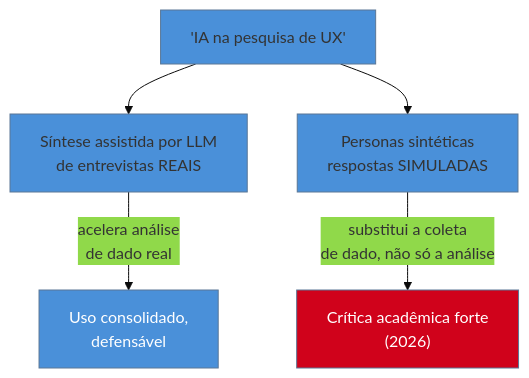
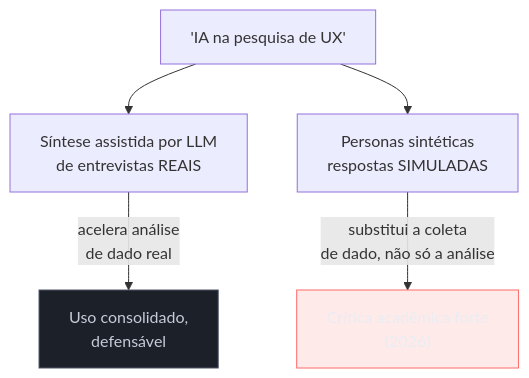
Before and after one commit to josenaldo/codex-technomanticus: the diagram in 03-Dominios/Engenharia/UX/Descoberta e Pesquisa/14 - Personas sintéticas e síntese por IA.md, drawn with Mermaid. The commit also changed 1181 other files, not shown here.

First line of the commit message:
fix(diagramas): paleta do sistema no lugar de cor cravada no markdown

````diff
--- a/03-Dominios/Engenharia/UX/Descoberta e Pesquisa/14 - Personas sintéticas e síntese por IA.md
+++ b/03-Dominios/Engenharia/UX/Descoberta e Pesquisa/14 - Personas sintéticas e síntese por IA.md
@@ -25,11 +25,12 @@
 ```mermaid
-%%{init: {"theme": "base", "themeVariables": {"primaryColor": "#4A90D9"}}}%%
 graph TD
+    classDef neutro fill:#1B2029,stroke:#4E5666,color:#C6CCD8
+    classDef falha fill:#FF6B6B24,stroke:#FF6B6B,color:#E9ECF2
     IA["'IA na pesquisa de UX'"]
     IA --> S["Síntese assistida por LLM<br/>de entrevistas REAIS"]
     IA --> P["Personas sintéticas<br/>respostas SIMULADAS"]
     S -->|"acelera análise<br/>de dado real"| OK["Uso consolidado,<br/>defensável"]
     P -->|"substitui a coleta<br/>de dado, não só a análise"| RISK["Crítica acadêmica forte<br/>(2026)"]
-    style OK fill:#4A90D9,color:#fff
-    style RISK fill:#D0021B,color:#fff
+    class OK neutro
+    class RISK falha
 ```
````
